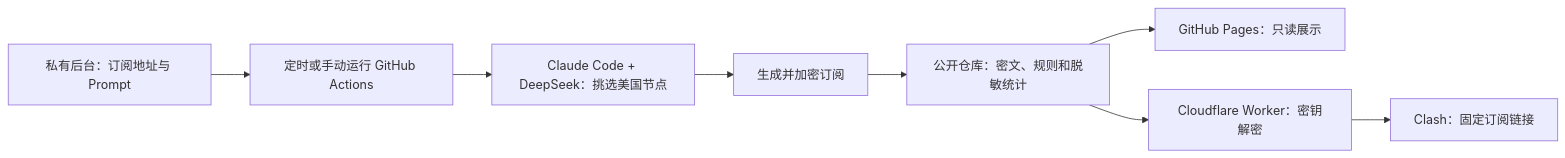
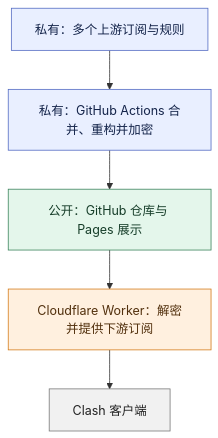
Before and after one commit to hyjack-00/clash_subscription_public: the diagram in README.md, drawn with Mermaid. The commit also changed other lines of this file and 1 other file, not shown here.

Commit message:
Clarify upstream and downstream on public page

````diff
--- a/README.md
+++ b/README.md
@@ -5,10 +5,15 @@
 ```mermaid
-flowchart LR
-    A[私有后台：订阅地址与 Prompt] --> B[定时或手动运行 GitHub Actions]
-    B --> C[Claude Code + DeepSeek：挑选美国节点]
-    C --> D[生成并加密订阅]
-    D --> E[公开仓库：密文、规则和脱敏统计]
-    E --> F[GitHub Pages：只读展示]
-    E --> G[Cloudflare Worker：密钥解密]
-    G --> H[Clash：固定订阅链接]
+flowchart TB
+  A[私有：多个上游订阅与规则] --> B[私有：GitHub Actions 合并、重构并加密]
+  B --> C[公开：GitHub 仓库与 Pages 展示]
+  C --> D[Cloudflare Worker：解密并提供下游订阅]
+  D --> E[Clash 客户端]
+  classDef private fill:#e9efff,stroke:#526ac2,color:#14244a;
+  classDef public fill:#e4f6eb,stroke:#39835b,color:#163d29;
+  classDef cloud fill:#fff0df,stroke:#d47a18,color:#52300d;
+  classDef client fill:#f1f1f1,stroke:#777,color:#222;
+  class A,B private;
+  class C public;
+  class D cloud;
+  class E client;
 ```
````
